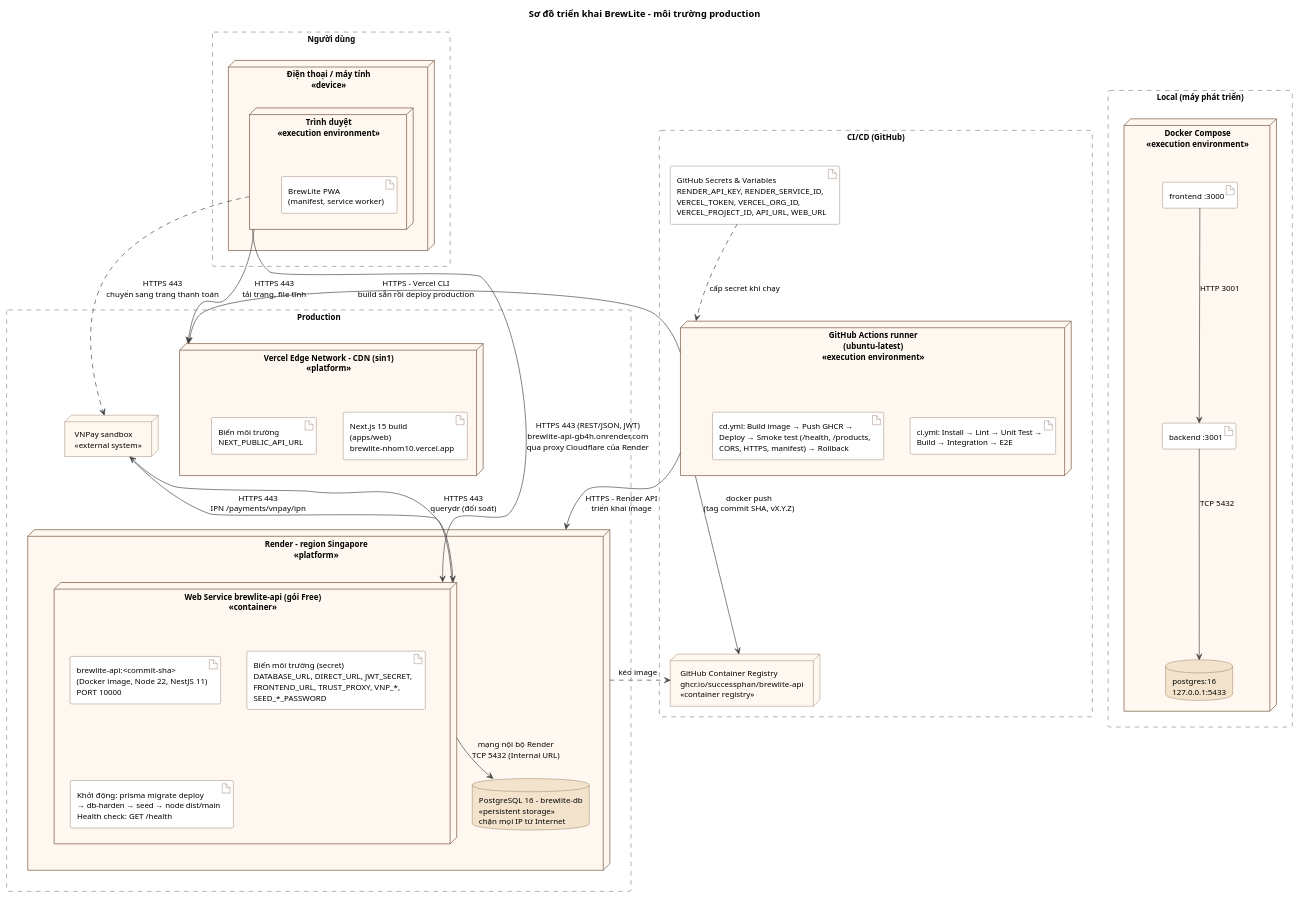
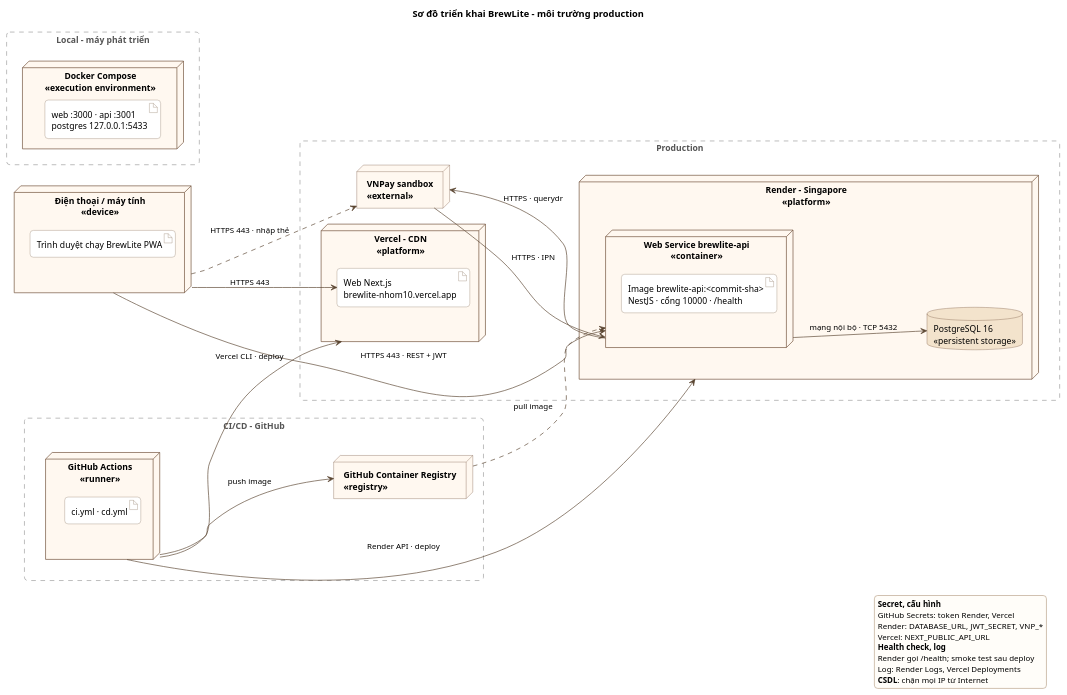
One commit to SuccessPhan/brewlite-assignment2 changed the diagram in docs/architecture/deployment-diagram.puml. Above: the diagram before and after it, drawn with PlantUML. The commit also changed 2 other files, not shown here.

Commit message:
docs(architecture): vẽ lại sơ đồ triển khai theo luồng trái sang phải, gom secret, health check, log vào chú thích

```diff
--- a/docs/architecture/deployment-diagram.puml
+++ b/docs/architecture/deployment-diagram.puml
@@ -1,90 +1,96 @@
 @startuml deployment-diagram
-' Sơ đồ triển khai (UML deployment diagram) môi trường production BrewLite - Task 3.2
-' Nguồn: docs/deployment.md, .github/workflows/ci.yml, .github/workflows/cd.yml, docker-compose.yml
+' Sơ đồ triển khai (UML deployment diagram) môi trường production BrewLite – Task 3.2
 skinparam shadowing false
 skinparam defaultFontName Arial
-skinparam defaultFontSize 12
-skinparam nodesep 40
-skinparam ranksep 55
+skinparam defaultFontSize 13
+skinparam roundCorner 10
+left to right direction
+skinparam nodesep 45
+skinparam ranksep 90
+skinparam ArrowColor #5A4632
+skinparam ArrowFontSize 12
 skinparam node {
   BackgroundColor #FFF8F0
   BorderColor #6F4E37
+  FontStyle bold
 }
 skinparam artifact {
   BackgroundColor #FFFFFF
-  BorderColor #6F4E37
+  BorderColor #8A7560
+  FontStyle normal
 }
 skinparam database {
   BackgroundColor #F3E3CC
   BorderColor #6F4E37
 }
+skinparam legend {
+  BackgroundColor #FFFDF9
+  BorderColor #B9A38A
+  FontSize 12
+}
 skinparam rectangle {
-  BorderColor #8A8A8A
+  BorderColor #9C9C9C
   BorderStyle dashed
+  FontColor #555555
+  FontStyle bold
 }
-skinparam ArrowColor #444444
 
 title Sơ đồ triển khai BrewLite – môi trường production
 
-rectangle "Người dùng" as USR {
-  node "Điện thoại / máy tính\n<<device>>" as Device {
-    node "Trình duyệt\n<<execution environment>>" as Browser {
-      artifact "BrewLite PWA\n(manifest, service worker)" as PWA
+node "Điện thoại / máy tính\n<<device>>" as Device {
+  artifact "Trình duyệt chạy BrewLite PWA" as PWA
+}
+
+rectangle "Production" {
+  node "Vercel – CDN\n<<platform>>" as Vercel {
+    artifact "Web Next.js\nbrewlite-nhom10.vercel.app" as Web
+  }
+  node "Render – Singapore\n<<platform>>" as Render {
+    node "Web Service brewlite-api\n<<container>>" as Api {
+      artifact "Image brewlite-api:<commit-sha>\nNestJS · cổng 10000 · /health" as ApiImg
     }
+    database "PostgreSQL 16\n<<persistent storage>>" as PG
+  }
+  node "VNPay sandbox\n<<external>>" as VNPay
+}
+
+rectangle "CI/CD – GitHub" {
+  node "GitHub Actions\n<<runner>>" as Runner {
+    artifact "ci.yml · cd.yml" as Workflows
+  }
+  node "GitHub Container Registry\n<<registry>>" as GHCR
+}
+
+rectangle "Local – máy phát triển" {
+  node "Docker Compose\n<<execution environment>>" as Compose {
+    artifact "web :3000 · api :3001\npostgres 127.0.0.1:5433" as LocalStack
   }
 }
 
-rectangle "Production" as PROD {
-  node "Vercel Edge Network – CDN (sin1)\n<<platform>>" as Vercel {
-    artifact "Next.js 15 build\n(apps/web)\nbrewlite-nhom10.vercel.app" as WebBuild
-    artifact "Biến môi trường\nNEXT_PUBLIC_API_URL" as WebEnv
-  }
+' Người dùng
+Device --> Web : HTTPS 443
+Device --> Api : HTTPS 443 · REST + JWT
+Device ..> VNPay : HTTPS 443 · nhập thẻ
 
-  node "Render – region Singapore\n<<platform>>" as Render {
-    node "Web Service brewlite-api (gói Free)\n<<container>>" as ApiSvc {
-      artifact "brewlite-api:<commit-sha>\n(Docker image, Node 22, NestJS 11)\nPORT 10000" as ApiImg
-      artifact "Biến môi trường (secret)\nDATABASE_URL, DIRECT_URL, JWT_SECRET,\nFRONTEND_URL, TRUST_PROXY, VNP_*,\nSEED_*_PASSWORD" as ApiEnv
-      artifact "Khởi động: prisma migrate deploy\n→ db-harden → seed → node dist/main\nHealth check: GET /health" as Boot
-    }
-    database "PostgreSQL 16 – brewlite-db\n<<persistent storage>>\nchặn mọi IP từ Internet" as PG
-  }
+' Bên trong production
+Api --> PG : mạng nội bộ · TCP 5432
+VNPay --> Api : HTTPS · IPN
+Api --> VNPay : HTTPS · querydr
 
-  node "VNPay sandbox\n<<external system>>" as VNPay
-}
+' Triển khai
+Runner --> GHCR : push image
+GHCR ..> Api : pull image
+Runner --> Render : Render API · deploy
+Runner --> Vercel : Vercel CLI · deploy
 
-rectangle "CI/CD (GitHub)" as CICD {
-  node "GitHub Actions runner\n(ubuntu-latest)\n<<execution environment>>" as Runner {
-    artifact "ci.yml: Install → Lint → Unit Test →\nBuild → Integration → E2E" as CI
-    artifact "cd.yml: Build image → Push GHCR →\nDeploy → Smoke test (/health, /products,\nCORS, HTTPS, manifest) → Rollback" as CD
-  }
-  node "GitHub Container Registry\nghcr.io/successphan/brewlite-api\n<<container registry>>" as GHCR
-  artifact "GitHub Secrets & Variables\nRENDER_API_KEY, RENDER_SERVICE_ID,\nVERCEL_TOKEN, VERCEL_ORG_ID,\nVERCEL_PROJECT_ID, API_URL, WEB_URL" as Secrets
-}
-
-rectangle "Local (máy phát triển)" as LOCAL {
-  node "Docker Compose\n<<execution environment>>" as Compose {
-    artifact "frontend :3000" as LWeb
-    artifact "backend :3001" as LApi
-    database "postgres:16\n127.0.0.1:5433" as LDb
-  }
-}
-
-' ---------- Luồng người dùng ----------
-Browser --> Vercel : HTTPS 443\ntải trang, file tĩnh
-Browser --> ApiSvc : HTTPS 443 (REST/JSON, JWT)\nbrewlite-api-gb4h.onrender.com\nqua proxy Cloudflare của Render
-Browser ..> VNPay : HTTPS 443\nchuyển sang trang thanh toán
-ApiSvc --> PG : mạng nội bộ Render\nTCP 5432 (Internal URL)
-VNPay --> ApiSvc : HTTPS 443\nIPN /payments/vnpay/ipn
-ApiSvc --> VNPay : HTTPS 443\nquerydr (đối soát)
-
-' ---------- Luồng triển khai ----------
-Runner --> GHCR : docker push\n(tag commit SHA, vX.Y.Z)
-Runner --> Render : HTTPS – Render API\ntriển khai image
-Render ..> GHCR : kéo image
-Runner --> Vercel : HTTPS – Vercel CLI\nbuild sẵn rồi deploy production
-Secrets ..> Runner : cấp secret khi chạy
-
-' ---------- Local ----------
-LWeb --> LApi : HTTP 3001
-LApi --> LDb : TCP 5432
+legend right
+  <b>Secret, cấu hình</b>
+  GitHub Secrets: token Render, Vercel
+  Render: DATABASE_URL, JWT_SECRET, VNP_*
+  Vercel: NEXT_PUBLIC_API_URL
+  <b>Health check, log</b>
+  Render gọi /health; smoke test sau deploy
+  Log: Render Logs, Vercel Deployments
+  <b>CSDL</b>: chặn mọi IP từ Internet
+endlegend
 @enduml
```
